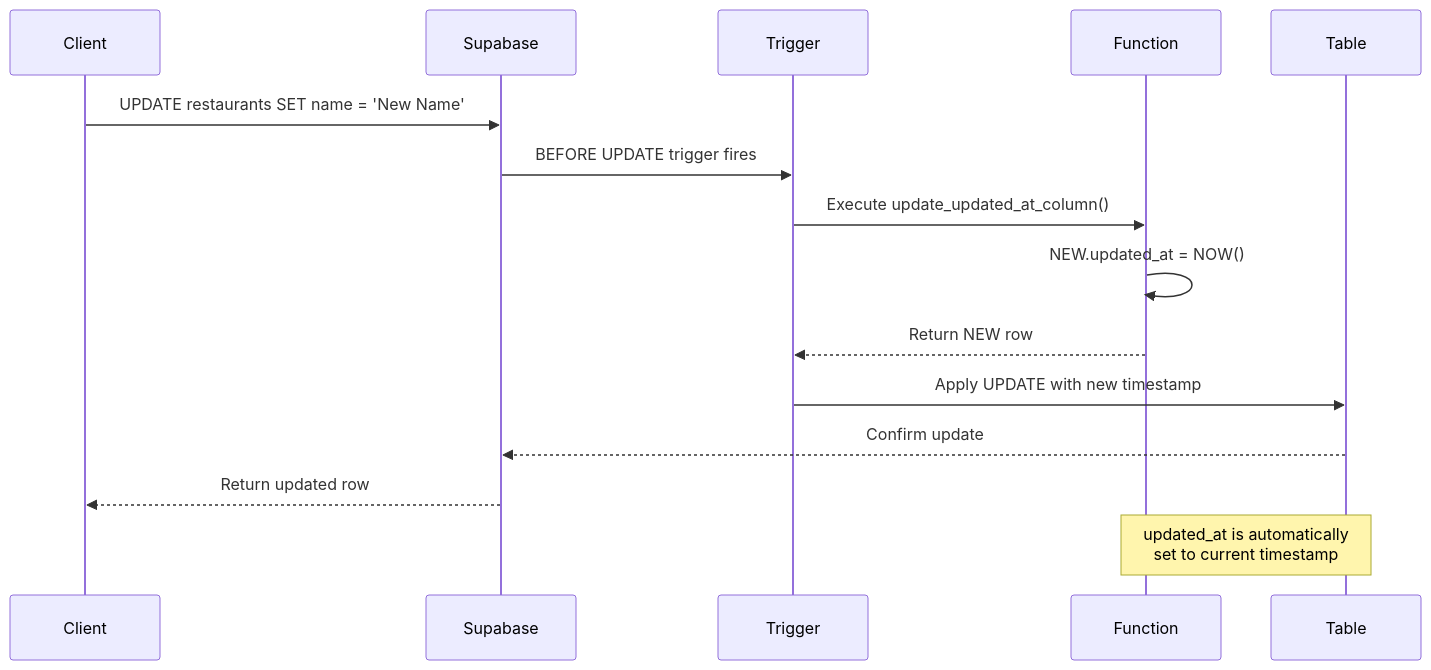
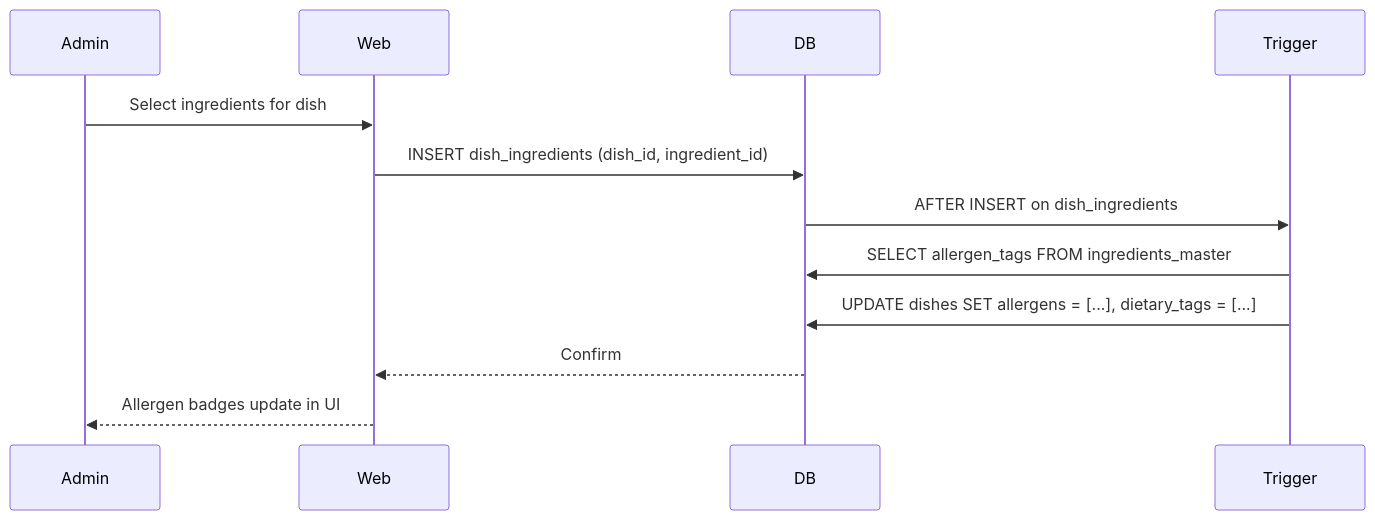
One commit to ArturKlasa/eatMe_v1.1 changed the fourth of 5 diagrams in docs/diagrams-index.md. Above: the diagram before and after it, drawn with Mermaid. The commit also changed other lines of this file and 11 other files, not shown here.

````diff
--- a/docs/diagrams-index.md
+++ b/docs/diagrams-index.md
@@ -163,19 +97,15 @@
 ```mermaid
 sequenceDiagram
-    participant Client
-    participant Supabase
+    participant Admin
+    participant Web
+    participant DB
     participant Trigger
-    participant Function
-    participant Table
 
-    Client->>Supabase: UPDATE restaurants SET name = 'New Name'
-    Supabase->>Trigger: BEFORE UPDATE trigger fires
-    Trigger->>Function: Execute update_updated_at_column()
-    Function->>Function: NEW.updated_at = NOW()
-    Function-->>Trigger: Return NEW row
-    Trigger->>Table: Apply UPDATE with new timestamp
-    Table-->>Supabase: Confirm update
-    Supabase-->>Client: Return updated row
-
-    Note over Function,Table: updated_at is automatically<br/>set to current timestamp
+    Admin->>Web: Select ingredients for dish
+    Web->>DB: INSERT dish_ingredients (dish_id, ingredient_id)
+    DB->>Trigger: AFTER INSERT on dish_ingredients
+    Trigger->>DB: SELECT allergen_tags FROM ingredients_master
+    Trigger->>DB: UPDATE dishes SET allergens = [...], dietary_tags = [...]
+    DB-->>Web: Confirm
+    Web-->>Admin: Allergen badges update in UI
 ```
````
